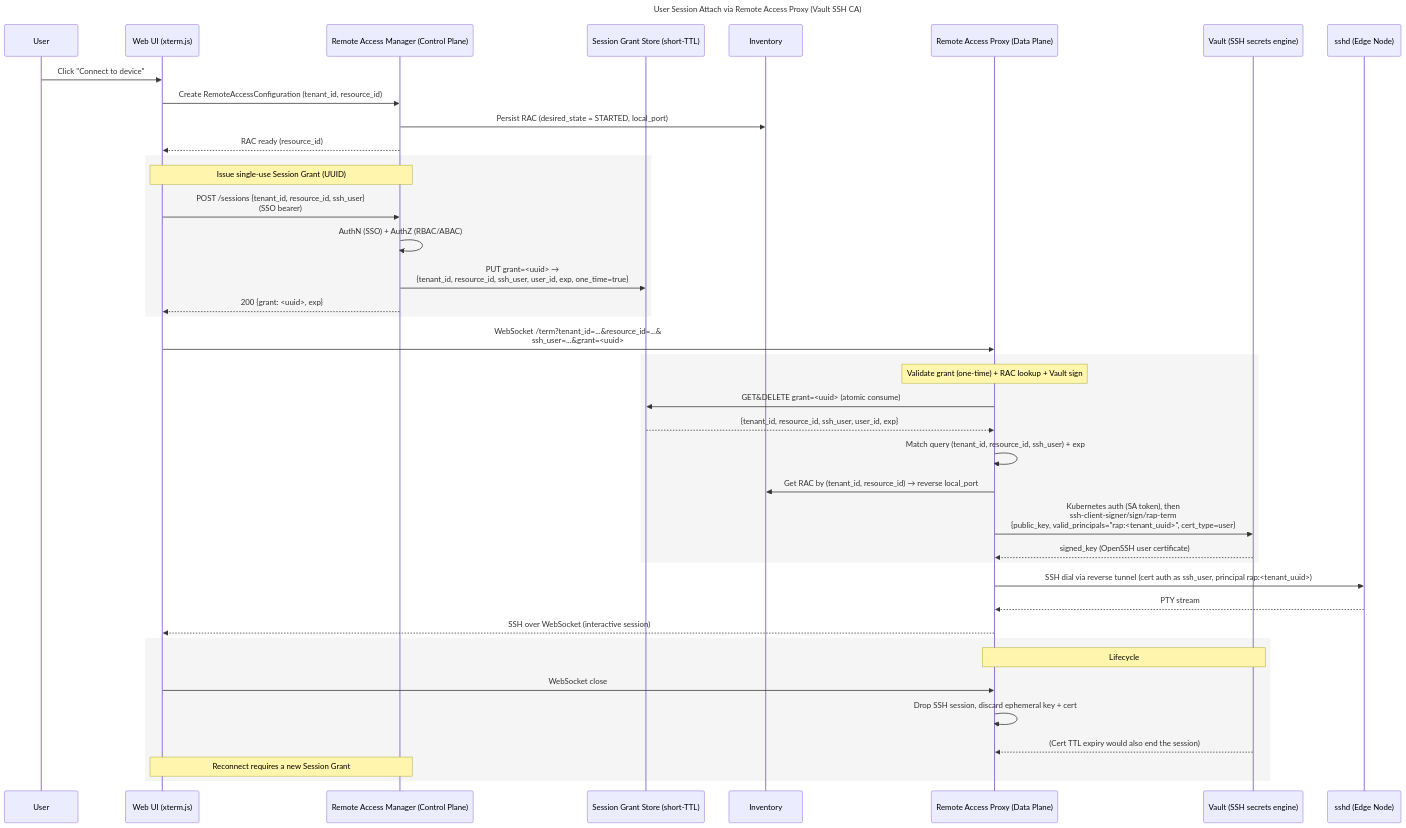
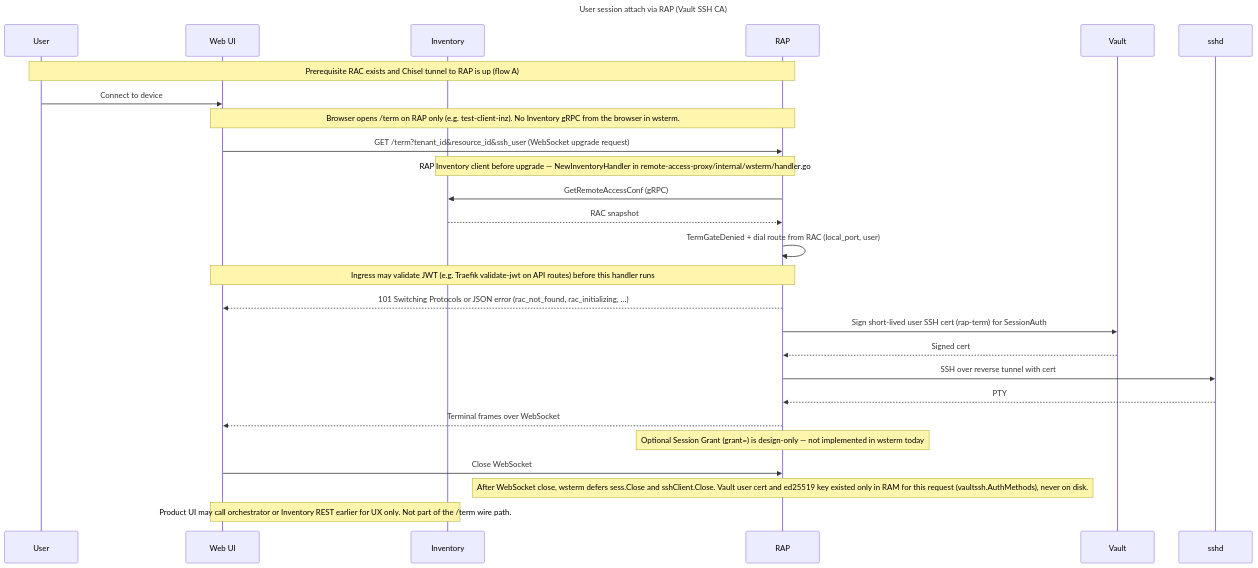
Before and after one commit to Wflikeit/edge-manageability-framework: the second of 2 diagrams in design-proposals/reverse-proxy-to-edge-devices.md, drawn with Mermaid. The commit also changed other lines of this file, not shown here.

Commit message:
update design doc

````diff
--- a/design-proposals/reverse-proxy-to-edge-devices.md
+++ b/design-proposals/reverse-proxy-to-edge-devices.md
@@ -451,50 +466,40 @@
 ```mermaid
 sequenceDiagram
-    title User Session Attach via Remote Access Proxy (Vault SSH CA)
+    title User session attach via RAP (Vault SSH CA)
 
     participant U as User
-    participant UI as Web UI (xterm.js)
-    participant RAM as Remote Access Manager (Control Plane)
-    participant SSTORE as Session Grant Store (short-TTL)
+    participant UI as Web UI
     participant INV as Inventory
-    participant RAP as Remote Access Proxy (Data Plane)
-    participant VAULT as Vault (SSH secrets engine)
-    participant SSHD as sshd (Edge Node)
+    participant RAP as RAP
+    participant VAULT as Vault
+    participant SSHD as sshd
 
-    U->>UI: Click "Connect to device"
-    UI->>RAM: Create RemoteAccessConfiguration (tenant_id, resource_id)
-    RAM->>INV: Persist RAC (desired_state = STARTED, local_port)
-    RAM-->>UI: RAC ready (resource_id)
+    note over U,RAP: Prerequisite RAC exists and Chisel tunnel to RAP is up (flow A)
 
-    rect rgb(245,245,245)
-    note over UI,RAM: Issue single-use Session Grant (UUID)
-    UI->>RAM: POST /sessions {tenant_id, resource_id, ssh_user}<br/>(SSO bearer)
-    RAM->>RAM: AuthN (SSO) + AuthZ (RBAC/ABAC)
-    RAM->>SSTORE: PUT grant=<uuid> →<br/>{tenant_id, resource_id, ssh_user, user_id, exp, one_time=true}
-    RAM-->>UI: 200 {grant: <uuid>, exp}
-    end
+    U->>UI: Connect to device
+    note over UI,RAP: Browser opens /term on RAP only (e.g. test-client-inz). No Inventory gRPC from the browser in wsterm.
+    UI->>RAP: GET /term?tenant_id&resource_id&ssh_user (WebSocket upgrade request)
 
-    UI->>RAP: WebSocket /term?tenant_id=...&resource_id=...&<br/>ssh_user=...&grant=<uuid>
+    note over RAP,INV: RAP Inventory client before upgrade — NewInventoryHandler in remote-access-proxy/internal/wsterm/handler.go
+    RAP->>INV: GetRemoteAccessConf (gRPC)
+    INV-->>RAP: RAC snapshot
+    RAP->>RAP: TermGateDenied + dial route from RAC (local_port, user)
 
-    rect rgb(245,245,245)
-    note over RAP: Validate grant (one-time) + RAC lookup + Vault sign
-    RAP->>SSTORE: GET&DELETE grant=<uuid> (atomic consume)
-    SSTORE-->>RAP: {tenant_id, resource_id, ssh_user, user_id, exp}
-    RAP->>RAP: Match query (tenant_id, resource_id, ssh_user) + exp
-    RAP->>INV: Get RAC by (tenant_id, resource_id) → reverse local_port
-    RAP->>VAULT: Kubernetes auth (SA token), then<br/>ssh-client-signer/sign/rap-term<br/>{public_key, valid_principals="rap:<tenant_uuid>", cert_type=user}
-    VAULT-->>RAP: signed_key (OpenSSH user certificate)
-    end
+    note over RAP,UI: Ingress may validate JWT (e.g. Traefik validate-jwt on API routes) before this handler runs
+    RAP-->>UI: 101 Switching Protocols or JSON error (rac_not_found, rac_initializing, …)
 
-    RAP->>SSHD: SSH dial via reverse tunnel (cert auth as ssh_user, principal rap:<tenant_uuid>)
-    SSHD-->>RAP: PTY stream
-    RAP-->>UI: SSH over WebSocket (interactive session)
+    RAP->>VAULT: Sign short-lived user SSH cert (rap-term) for SessionAuth
+    VAULT-->>RAP: Signed cert
 
-    rect rgb(245,245,245)
-    note over RAP,VAULT: Lifecycle
-    UI->>RAP: WebSocket close
-    RAP->>RAP: Drop SSH session, discard ephemeral key + cert
-    VAULT-->>RAP: (Cert TTL expiry would also end the session)
-    note over UI,RAM: Reconnect requires a new Session Grant
-    end
+    RAP->>SSHD: SSH over reverse tunnel with cert
+    SSHD-->>RAP: PTY
+    RAP-->>UI: Terminal frames over WebSocket
+
+    note over RAP: Optional Session Grant (grant=) is design-only — not implemented in wsterm today
+
+    UI->>RAP: Close WebSocket
+
+    note over RAP: After WebSocket close, wsterm defers sess.Close and sshClient.Close. Vault user cert and ed25519 key existed only in RAM for this request (vaultssh.AuthMethods), never on disk.
+
+    note over UI,INV: Product UI may call orchestrator or Inventory REST earlier for UX only. Not part of the /term wire path.
 ```
````
